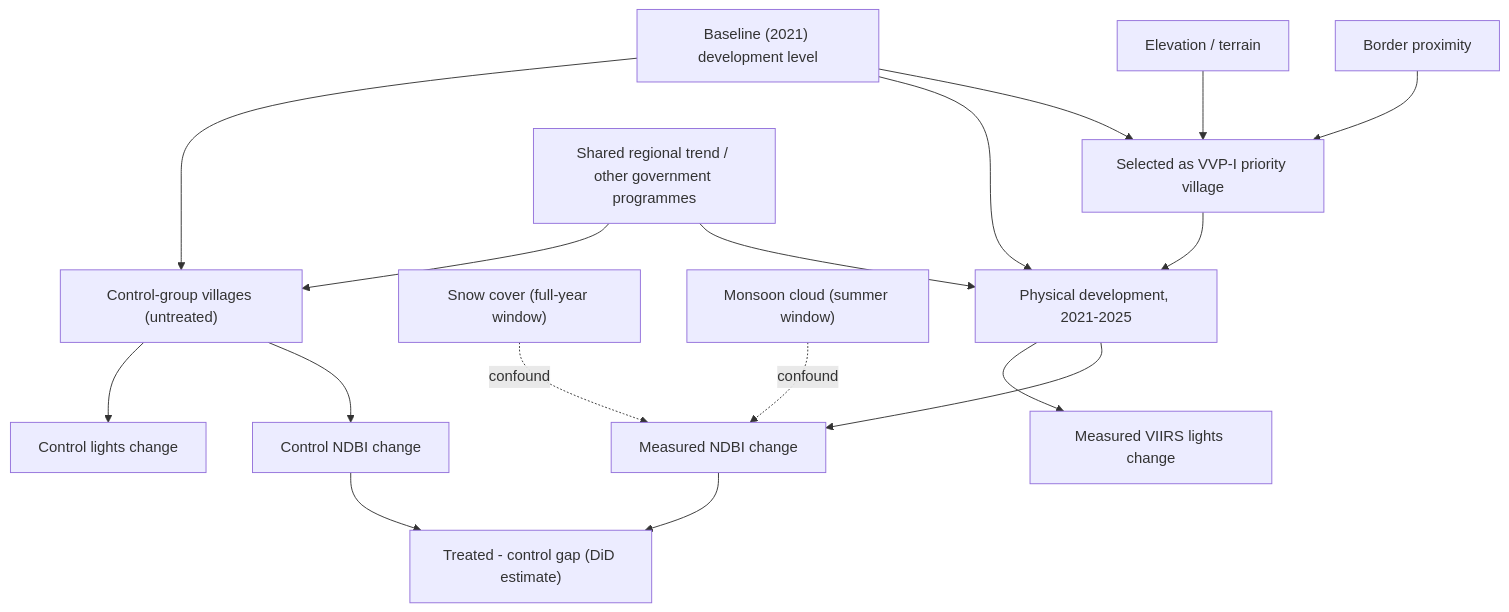
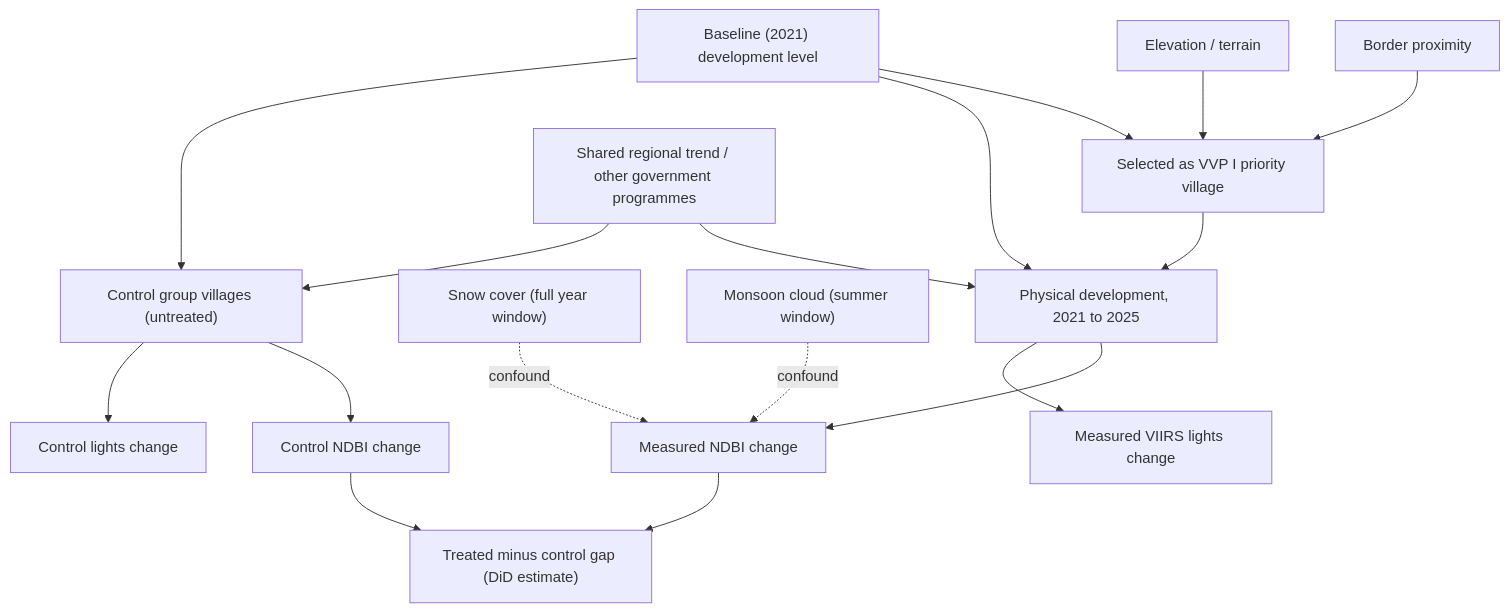
One commit to sakshimaske303-commits/BORDER_OPTICS changed the diagram in BO_Research_Paper.md. Above: the diagram before and after it, drawn with Mermaid. The commit also changed other lines of this file and 13 other files, not shown here.

````diff
--- a/BO_Research_Paper.md
+++ b/BO_Research_Paper.md
@@ -106,19 +120,19 @@
 ```mermaid
 graph TD
-    BP["Border proximity"] --> TS["Selected as VVP-I priority village"]
-    EL["Elevation / terrain"] --> TS
-    BD["Baseline (2021) development level"] --> TS
-    TS --> DEV["Physical development, 2021-2025"]
-    BD --> DEV
-    REG["Shared regional trend / other government programmes"] --> DEV
-    DEV --> NDBI["Measured NDBI change"]
-    DEV --> LIGHTS["Measured VIIRS lights change"]
-    SNOW["Snow cover (full-year window)"] -.confound.-> NDBI
-    CLOUD["Monsoon cloud (summer window)"] -.confound.-> NDBI
-    REG --> CTRL["Control-group villages (untreated)"]
-    BD --> CTRL
-    CTRL --> NDBIC["Control NDBI change"]
-    CTRL --> LIGHTSC["Control lights change"]
-    NDBI --> DIFF["Treated - control gap (DiD estimate)"]
-    NDBIC --> DIFF
+ BP["Border proximity"] --> TS["Selected as VVP I priority village"]
+ EL["Elevation / terrain"] --> TS
+ BD["Baseline (2021) development level"] --> TS
+ TS --> DEV["Physical development, 2021 to 2025"]
+ BD --> DEV
+ REG["Shared regional trend / other government programmes"] --> DEV
+ DEV --> NDBI["Measured NDBI change"]
+ DEV --> LIGHTS["Measured VIIRS lights change"]
+ SNOW["Snow cover (full year window)"] -.confound.-> NDBI
+ CLOUD["Monsoon cloud (summer window)"] -.confound.-> NDBI
+ REG --> CTRL["Control group villages (untreated)"]
+ BD --> CTRL
+ CTRL --> NDBIC["Control NDBI change"]
+ CTRL --> LIGHTSC["Control lights change"]
+ NDBI --> DIFF["Treated minus control gap (DiD estimate)"]
+ NDBIC --> DIFF
 ```
````
